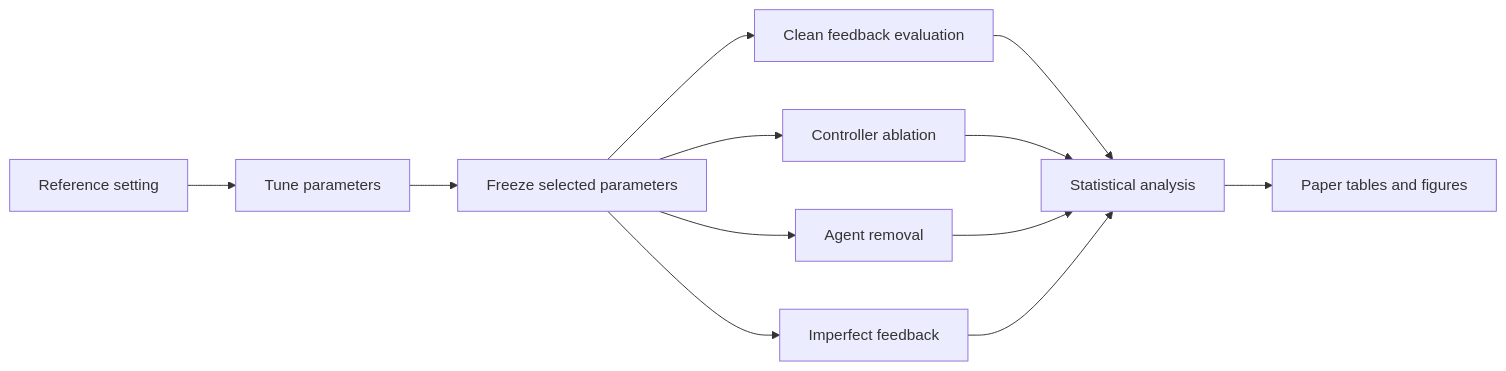
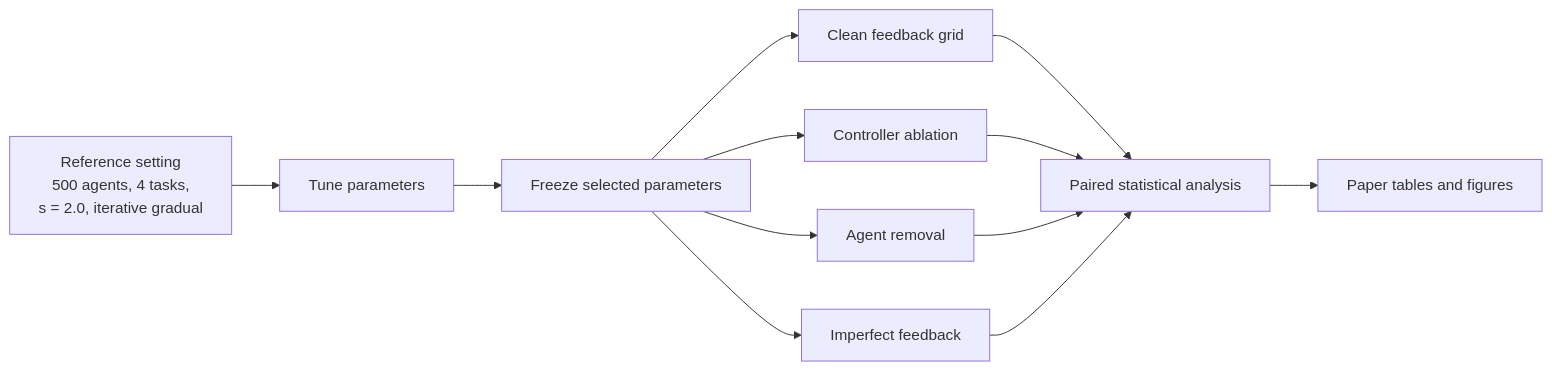
One commit to MaryamKebari/pta-swarm-task-allocation changed the diagram in README.md. Above: the diagram before and after it, drawn with Mermaid. The commit also changed other lines of this file and 53 other files, not shown here.

````diff
--- a/README.md
+++ b/README.md
@@ -77,14 +104,14 @@
 ```mermaid
 flowchart LR
-    A[Reference setting] --> B[Tune parameters]
+    A[Reference setting<br/>500 agents, 4 tasks,<br/>s = 2.0, iterative gradual] --> B[Tune parameters]
     B --> C[Freeze selected parameters]
-    C --> D[Clean feedback evaluation]
+    C --> D[Clean feedback grid]
     C --> E[Controller ablation]
     C --> F[Agent removal]
     C --> G[Imperfect feedback]
-    D --> H[Statistical analysis]
+    D --> H[Paired statistical analysis]
     E --> H
     F --> H
     G --> H
     H --> I[Paper tables and figures]
 ```
````
